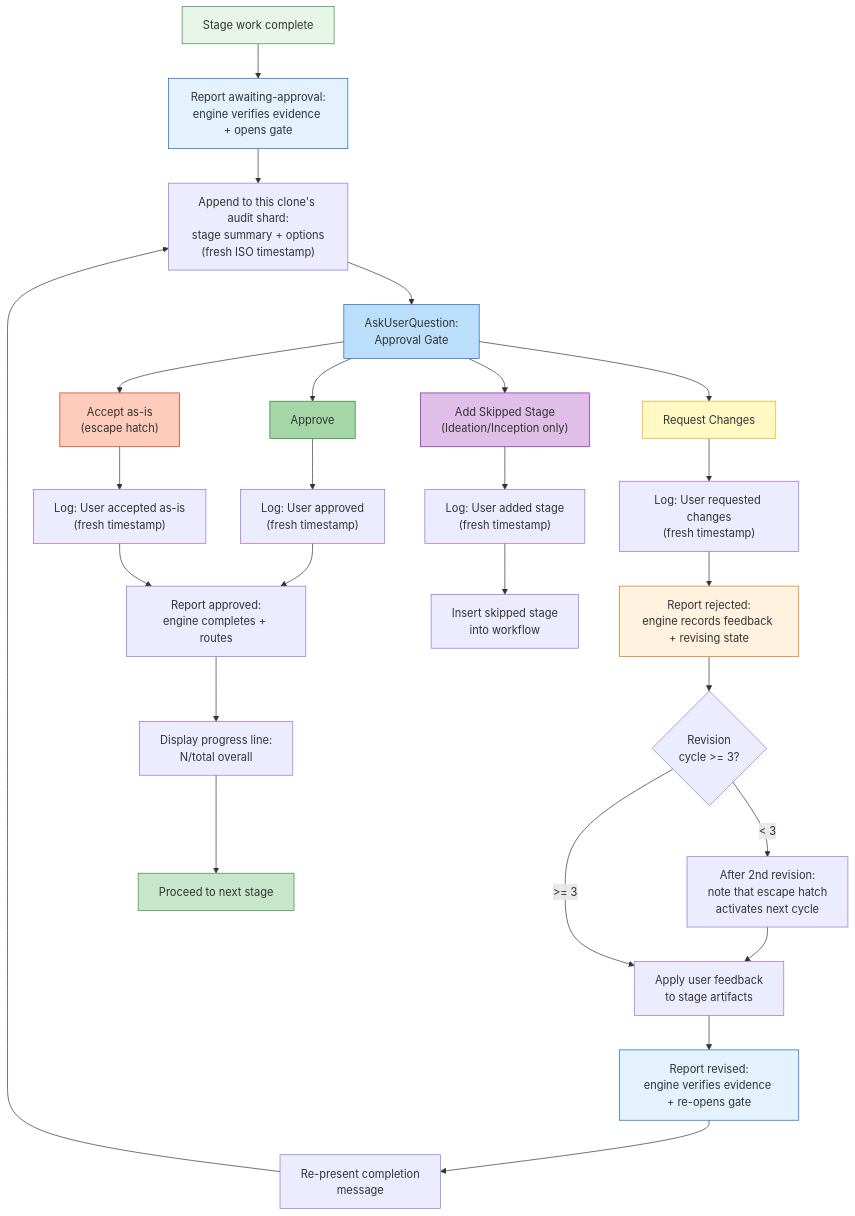
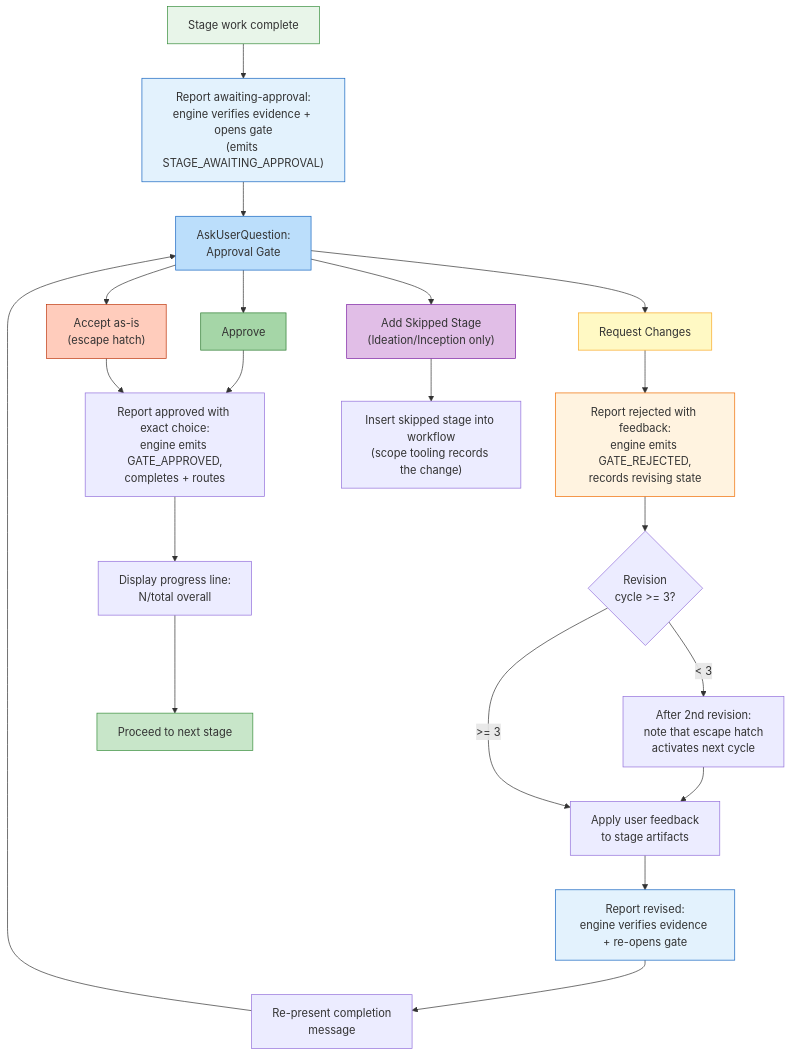
Before and after one commit to awslabs/aidlc-workflows: the diagram in docs/reference/04-stage-protocol.md, drawn with Mermaid. The commit also changed other lines of this file and 15 other files, not shown here.

````diff
--- a/docs/reference/04-stage-protocol.md
+++ b/docs/reference/04-stage-protocol.md
@@ -164,57 +164,51 @@
 ```mermaid
 flowchart TD
     COMPLETE["Stage work complete"]
-    REPORT_AWAITING["Report awaiting-approval:\nengine verifies evidence + opens gate"]
-    AUDIT_PRE["Append to this clone's audit shard:\nstage summary + options\n(fresh ISO timestamp)"]
+    REPORT_AWAITING["Report awaiting-approval:\nengine verifies evidence + opens gate\n(emits STAGE_AWAITING_APPROVAL)"]
     ASK["AskUserQuestion:\nApproval Gate"]
 
     APPROVE["Approve"]
     CHANGES["Request Changes"]
     ACCEPT["Accept as-is\n(escape hatch)"]
     ADD_STAGE["Add Skipped Stage\n(Ideation/Inception only)"]
 
-    AUDIT_POST_A["Log: User approved\n(fresh timestamp)"]
-    AUDIT_POST_C["Log: User requested changes\n(fresh timestamp)"]
-    AUDIT_POST_ACC["Log: User accepted as-is\n(fresh timestamp)"]
-    AUDIT_POST_ADD["Log: User added stage\n(fresh timestamp)"]
-
     REVISION_COUNT{"Revision\ncycle >= 3?"}
     NOTE_2ND["After 2nd revision:\nnote that escape hatch\nactivates next cycle"]
 
-    REPORT_APPROVED["Report approved:\nengine completes + routes"]
-    REPORT_REJECTED["Report rejected:\nengine records feedback + revising state"]
+    REPORT_APPROVED["Report approved with exact choice:\nengine emits GATE_APPROVED,\ncompletes + routes"]
+    REPORT_REJECTED["Report rejected with feedback:\nengine emits GATE_REJECTED,\nrecords revising state"]
     REPORT_REVISED["Report revised:\nengine verifies evidence + re-opens gate"]
     PROGRESS["Display progress line:\nN/total overall"]
     NEXT_STAGE["Proceed to next stage"]
 
     REVISE["Apply user feedback\nto stage artifacts"]
     RE_PRESENT["Re-present completion\nmessage"]
 
-    ADD_EXEC["Insert skipped stage\ninto workflow"]
+    ADD_EXEC["Insert skipped stage into workflow\n(scope tooling records the change)"]
 
-    COMPLETE --> REPORT_AWAITING --> AUDIT_PRE --> ASK
+    COMPLETE --> REPORT_AWAITING --> ASK
     ASK --> APPROVE
     ASK --> CHANGES
     ASK --> ACCEPT
     ASK --> ADD_STAGE
 
-    APPROVE --> AUDIT_POST_A --> REPORT_APPROVED --> PROGRESS --> NEXT_STAGE
-    ACCEPT --> AUDIT_POST_ACC --> REPORT_APPROVED
+    APPROVE --> REPORT_APPROVED --> PROGRESS --> NEXT_STAGE
+    ACCEPT --> REPORT_APPROVED
 
-    CHANGES --> AUDIT_POST_C --> REPORT_REJECTED --> REVISION_COUNT
-    REVISION_COUNT -->|"< 3"| NOTE_2ND --> REVISE --> REPORT_REVISED --> RE_PRESENT --> AUDIT_PRE
+    CHANGES --> REPORT_REJECTED --> REVISION_COUNT
+    REVISION_COUNT -->|"< 3"| NOTE_2ND --> REVISE --> REPORT_REVISED --> RE_PRESENT --> ASK
     REVISION_COUNT -->|">= 3"| REVISE
 
-    ADD_STAGE --> AUDIT_POST_ADD --> ADD_EXEC
+    ADD_STAGE --> ADD_EXEC
 
     style COMPLETE fill:#e8f5e9,stroke:#388e3c
     style REPORT_AWAITING fill:#e3f2fd,stroke:#1565c0
     style ASK fill:#bbdefb,stroke:#1565c0
     style APPROVE fill:#a5d6a7,stroke:#2e7d32
     style CHANGES fill:#fff9c4,stroke:#f9a825
     style REPORT_REJECTED fill:#fff3e0,stroke:#ef6c00
     style REPORT_REVISED fill:#e3f2fd,stroke:#1565c0
     style ACCEPT fill:#ffccbc,stroke:#bf360c
     style ADD_STAGE fill:#e1bee7,stroke:#7b1fa2
     style NEXT_STAGE fill:#c8e6c9,stroke:#388e3c
 ```
````
